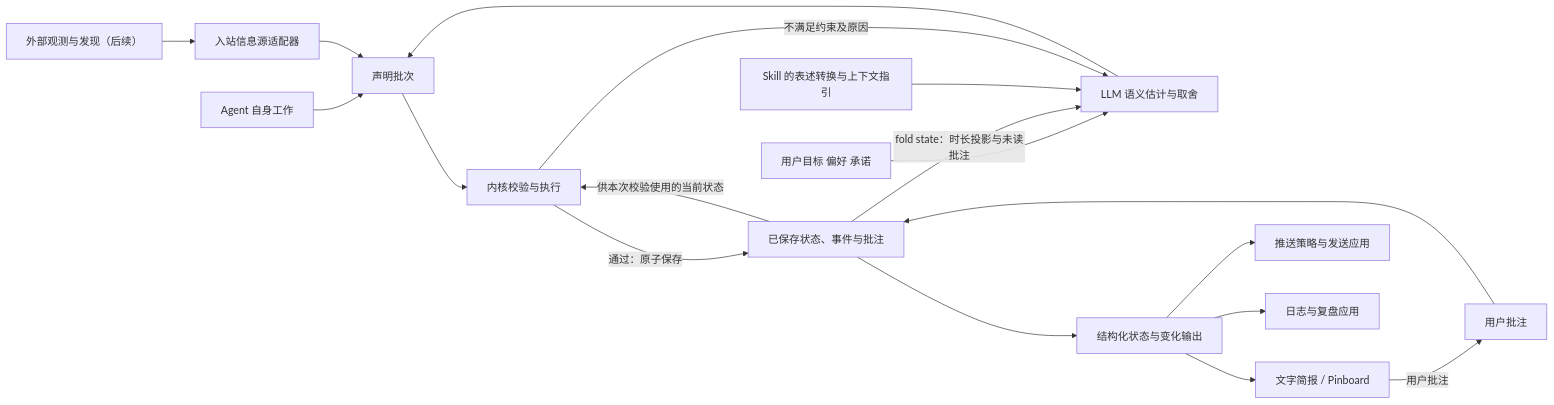
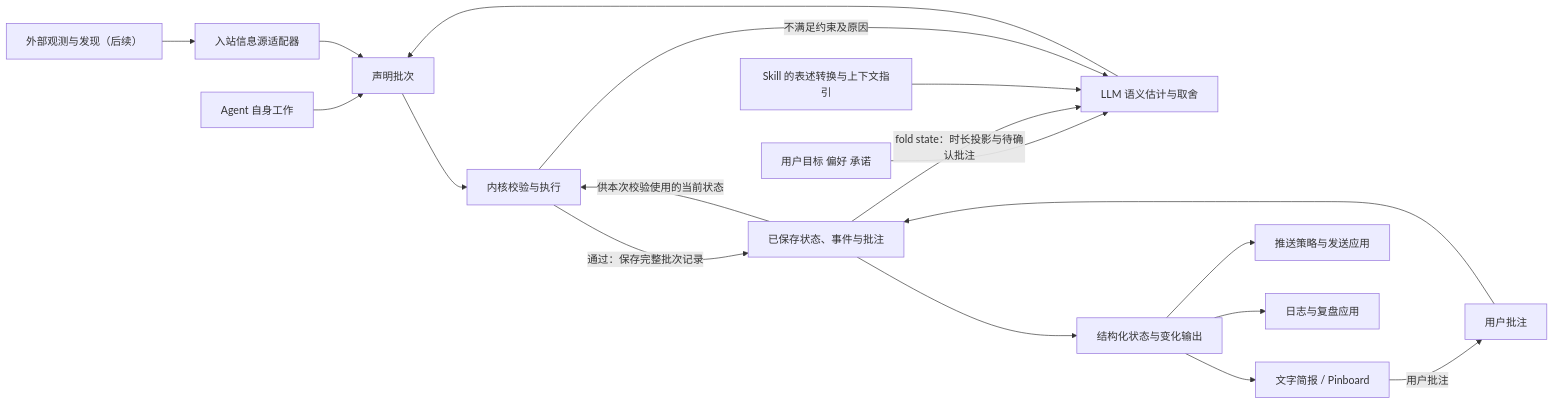
The diagram in docs/architecture.md (nemori-ai/fold-skill), drawn with Mermaid before and after one commit. The commit also changed other lines of this file and 20 other files, not shown here.

````diff
--- a/docs/architecture.md
+++ b/docs/architecture.md
@@ -26,19 +26,19 @@
 ```mermaid
 flowchart LR
   W[Agent 自身工作] --> N[声明批次]
   X[外部观测与发现（后续）] --> I[入站信息源适配器] --> N
   H[用户批注] --> P
   N --> K[内核校验与执行]
   C[用户目标 偏好 承诺] --> A[LLM 语义估计与取舍]
-  P[已保存状态、事件与批注] -->|fold state：时长投影与未读批注| A
+  P[已保存状态、事件与批注] -->|fold state：时长投影与待确认批注| A
   G[Skill 的表述转换与上下文指引] --> A
   A --> N
   P -->|供本次校验使用的当前状态| K
   K -->|不满足约束及原因| A
-  K -->|通过：原子保存| P
+  K -->|通过：保存完整批次记录| P
   P --> O[结构化状态与变化输出]
   O --> U[文字简报 / Pinboard]
   O --> T[推送策略与发送应用]
   O --> L[日志与复盘应用]
   U -->|用户批注| H
 ```
````
